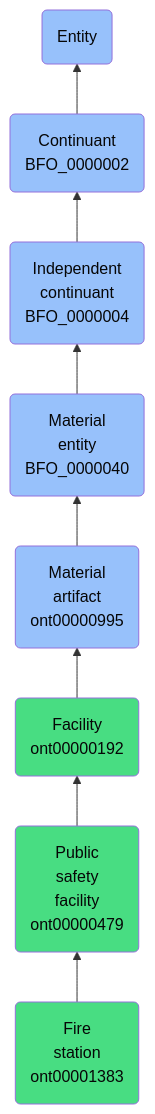
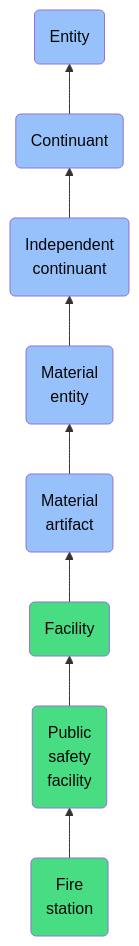
Before and after one commit to jupyter-naas/abi: the diagram in docs/ontology/reference/model/Entity/Continuant/Independent continuant/Material entity/Material artifact/Facility/Public safety facility/Fire station/Fire station.md, drawn with Mermaid. The commit also changed other lines of this file and 1430 other files, not shown here.

````diff
--- a/docs/ontology/reference/model/Entity/Continuant/Independent continuant/Material entity/Material artifact/Facility/Public safety facility/Fire station/Fire station.md
+++ b/docs/ontology/reference/model/Entity/Continuant/Independent continuant/Material entity/Material artifact/Facility/Public safety facility/Fire station/Fire station.md
@@ -25,15 +25,15 @@
 ```mermaid
 graph BT
-    ont00001383(Fire<br>station<br>ont00001383):::ABI-->ont00000479
-    ont00000479(Public<br>safety<br>facility<br>ont00000479):::ABI-->ont00000192
-    ont00000192(Facility<br>ont00000192):::ABI-->ont00000995
-    ont00000995(Material<br>artifact<br>ont00000995):::BFO-->BFO_0000040
-    BFO_0000040(Material<br>entity<br>BFO_0000040):::BFO-->BFO_0000004
-    BFO_0000004(Independent<br>continuant<br>BFO_0000004):::BFO-->BFO_0000002
-    BFO_0000002(Continuant<br>BFO_0000002):::BFO-->BFO_0000001
+    ont00001383(Fire<br>station):::ABI-->ont00000479
+    ont00000479(Public<br>safety<br>facility):::ABI-->ont00000192
+    ont00000192(Facility):::ABI-->ont00000995
+    ont00000995(Material<br>artifact):::BFO-->BFO_0000040
+    BFO_0000040(Material<br>entity):::BFO-->BFO_0000004
+    BFO_0000004(Independent<br>continuant):::BFO-->BFO_0000002
+    BFO_0000002(Continuant):::BFO-->BFO_0000001
     BFO_0000001(Entity):::BFO
     
     classDef BFO fill:#97c1fb,color:#060606
     classDef CCO fill:#e4c51e,color:#060606
     classDef ABI fill:#48DD82,color:#060606
 ```
````
